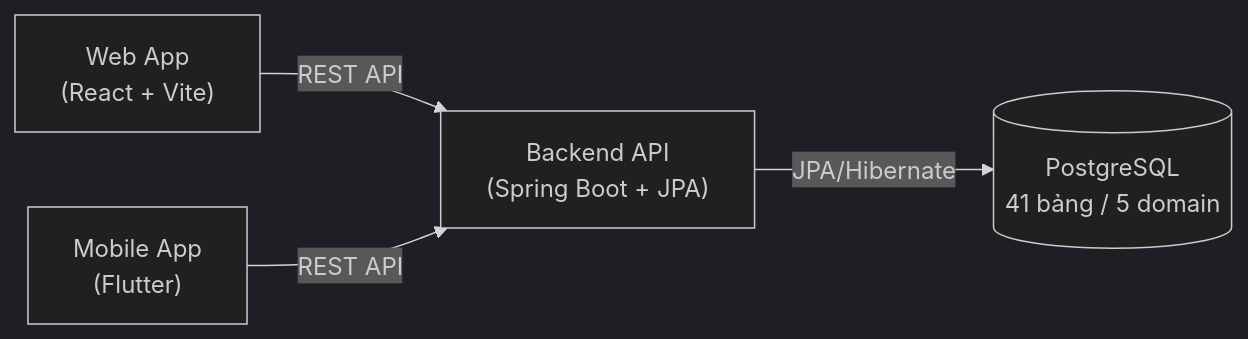
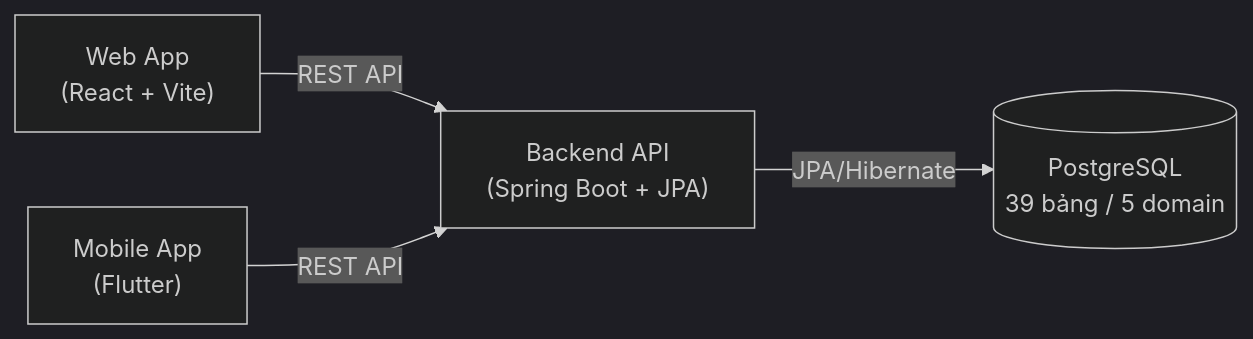
Before and after one commit to KhanhChung2k5/Shopee: diagram 11 of 11 in docs/project-overview.md, drawn with Mermaid (dark theme). The commit also changed other lines of this file and 8 other files, not shown here.

````diff
--- a/docs/project-overview.md
+++ b/docs/project-overview.md
@@ -376,11 +376,11 @@
 ```mermaid
 graph LR
     WEB["Web App<br/>(React + Vite)"]
     APP["Mobile App<br/>(Flutter)"]
     API["Backend API<br/>(Spring Boot + JPA)"]
-    DB[("PostgreSQL<br/>41 bảng / 5 domain")]
+    DB[("PostgreSQL<br/>39 bảng / 5 domain")]
 
     WEB -->|REST API| API
     APP -->|REST API| API
     API -->|JPA/Hibernate| DB
 ```
````
